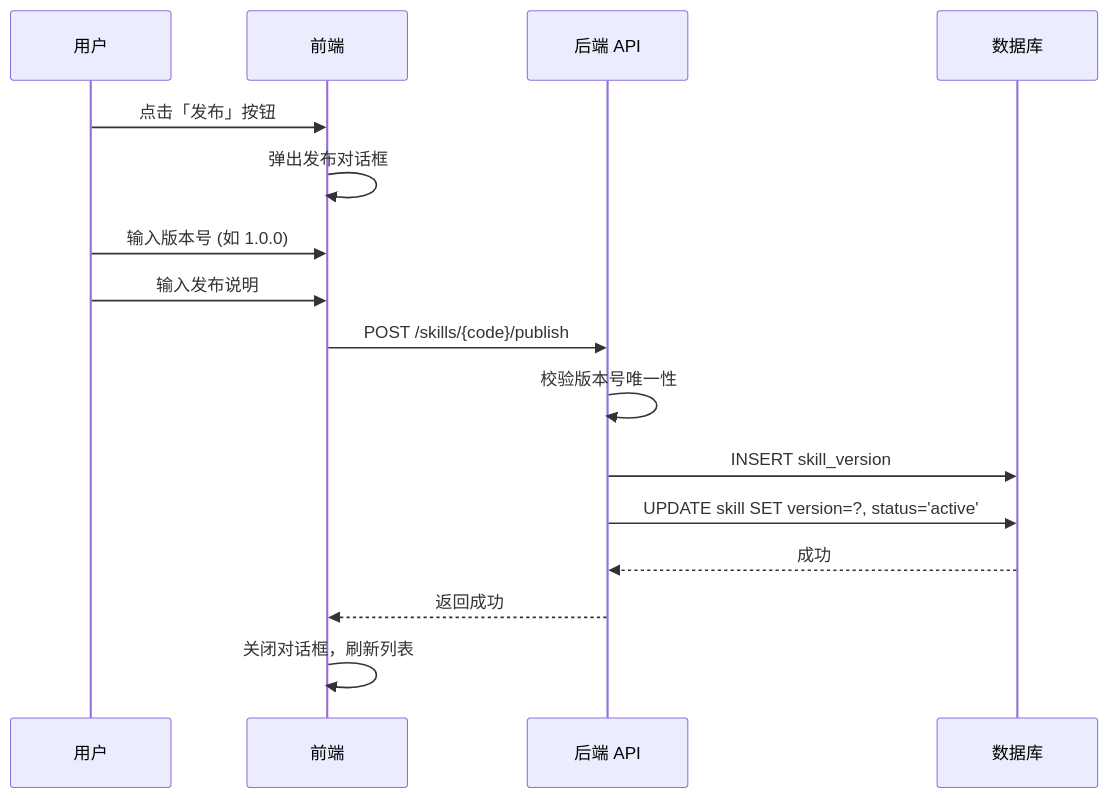
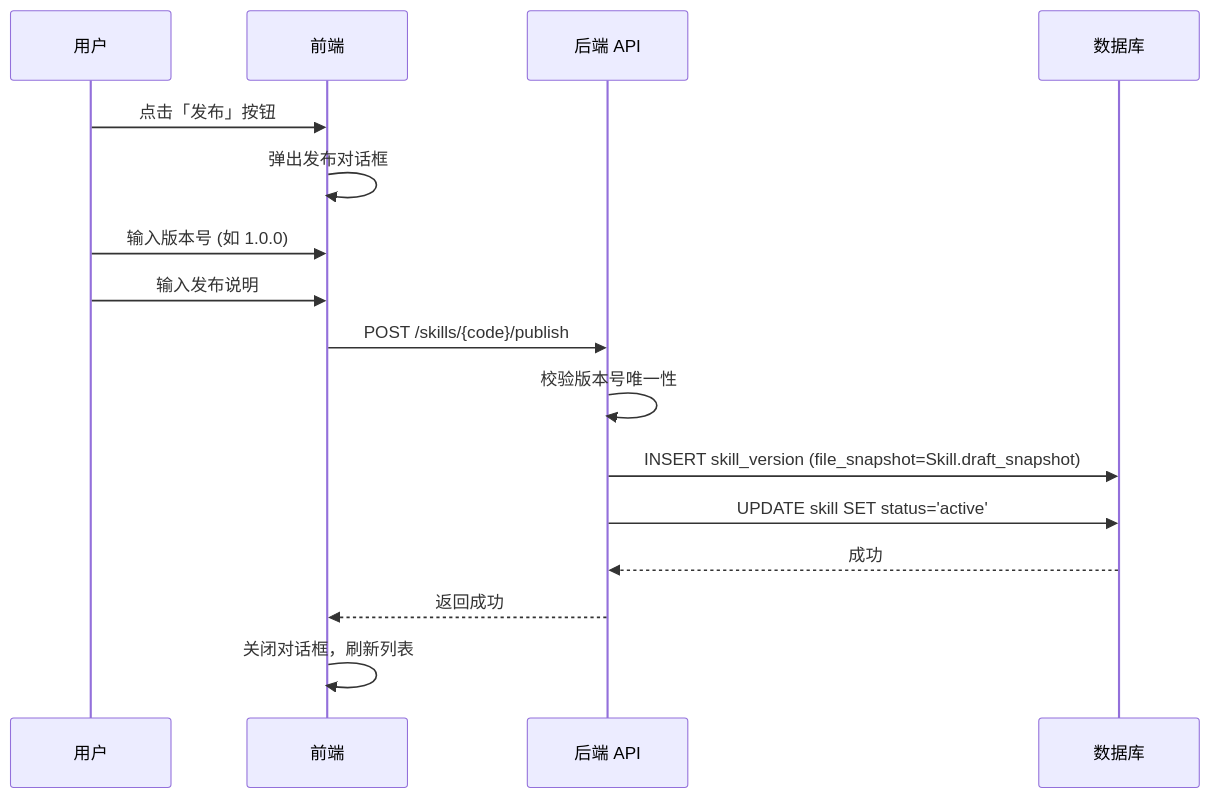
The third of 4 diagrams in neo/design/docs/product/admin/skills-overview.md (zhaoxin34/matrix), drawn with Mermaid before and after one commit. The commit also changed other lines of this file and 2 other files, not shown here.

````diff
--- a/neo/design/docs/product/admin/skills-overview.md
+++ b/neo/design/docs/product/admin/skills-overview.md
@@ -118,19 +209,19 @@
 ```mermaid
 sequenceDiagram
     participant U as 用户
     participant F as 前端
     participant B as 后端 API
     participant DB as 数据库
 
     U->>F: 点击「发布」按钮
     F->>F: 弹出发布对话框
     U->>F: 输入版本号 (如 1.0.0)
     U->>F: 输入发布说明
     F->>B: POST /skills/{code}/publish
     B->>B: 校验版本号唯一性
-    B->>DB: INSERT skill_version
-    B->>DB: UPDATE skill SET version=?, status='active'
+    B->>DB: INSERT skill_version (file_snapshot=Skill.draft_snapshot)
+    B->>DB: UPDATE skill SET status='active'
     DB-->>B: 成功
     B-->>F: 返回成功
     F->>F: 关闭对话框，刷新列表
 ```
````
